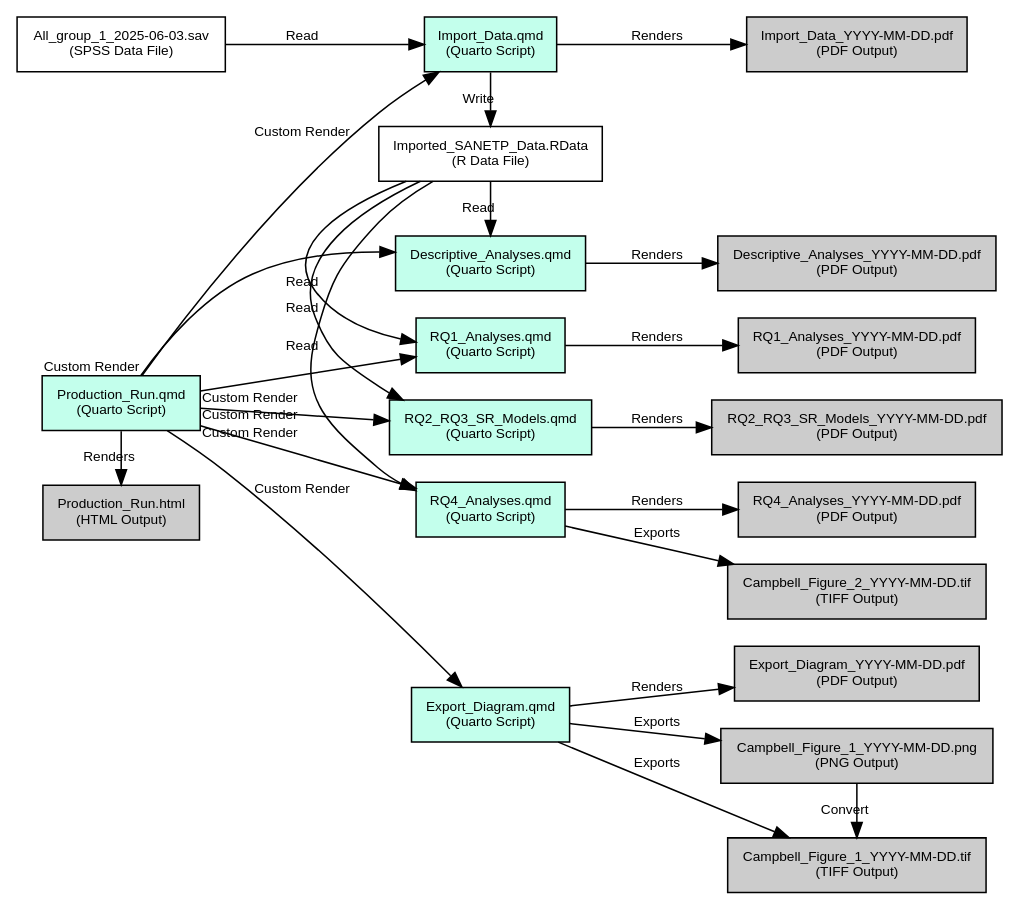
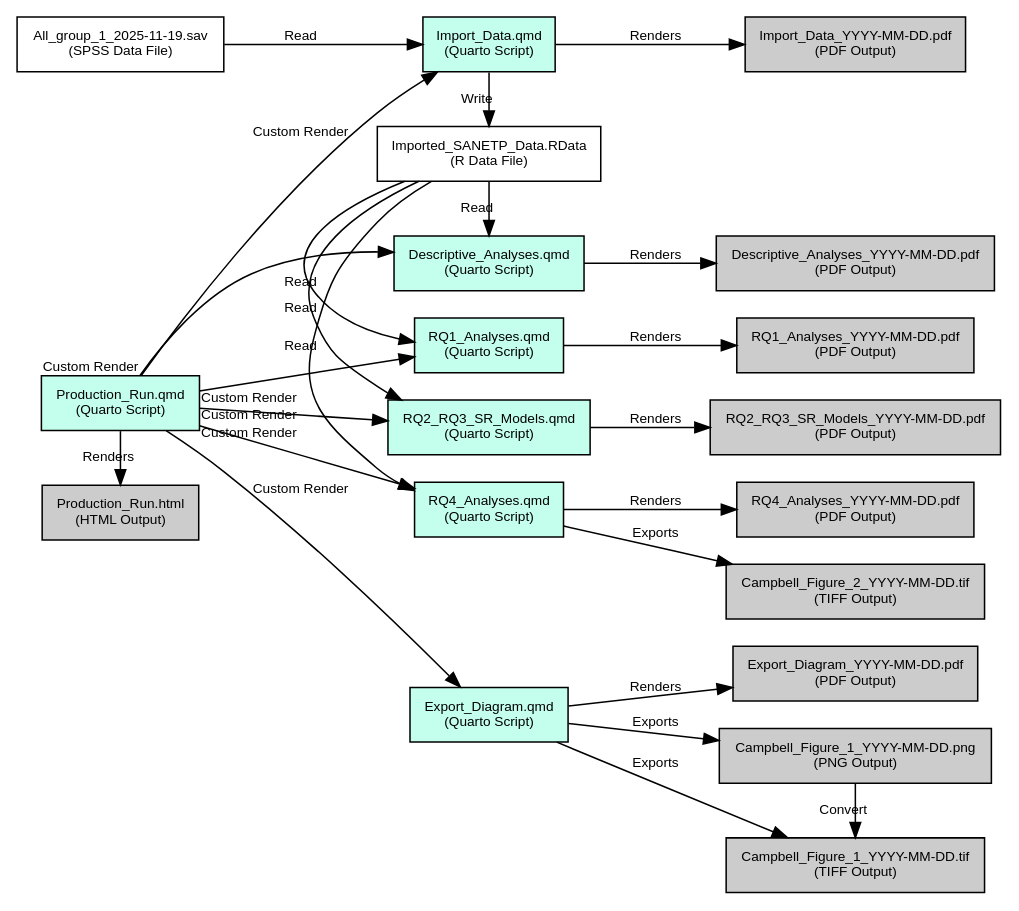
The diagram in scripts/Production_Run.qmd (sjpierce/SANETPA), drawn with Graphviz before and after one commit.

Commit message:
Updated workflow diagram.

````diff
--- a/scripts/Production_Run.qmd
+++ b/scripts/Production_Run.qmd
@@ -111,60 +111,60 @@
 ```{dot}
 //| label: fig-production
 //| fig-cap: "Production Workflow Diagram"
 //| fig-width: 7
 //| fig-height: 5
 
 digraph Production {
 rankdir="LR";
 
 node [shape = "box", style= "filled", fontname = "Arial", fontsize = 9, fillcolor = "#C3FFEC"]
 DAS [label = "Descriptive_Analyses.qmd\n(Quarto Script)"]
 DAO [label = "Descriptive_Analyses_YYYY-MM-DD.pdf\n(PDF Output)", fillcolor = "grey80"]
 R1S [label = "RQ1_Analyses.qmd\n(Quarto Script)"]
 R1O [label = "RQ1_Analyses_YYYY-MM-DD.pdf\n(PDF Output)", fillcolor = "grey80"]
 R2S [label = "RQ2_RQ3_SR_Models.qmd\n(Quarto Script)"]
 R2O [label = "RQ2_RQ3_SR_Models_YYYY-MM-DD.pdf\n(PDF Output)", fillcolor = "grey80"]
 R4S [label = "RQ4_Analyses.qmd\n(Quarto Script)"]
 R4O [label = "RQ4_Analyses_YYYY-MM-DD.pdf\n(PDF Output)", fillcolor = "grey80"]
 F2O [label = "Campbell_Figure_2_YYYY-MM-DD.tif\n(TIFF Output)", fillcolor = "grey80"]
 EDS [label = "Export_Diagram.qmd\n(Quarto Script)"]
 F1bO [label = "Campbell_Figure_1_YYYY-MM-DD.tif\n(TIFF Output)", fillcolor = "grey80"]
 EDO [label = "Export_Diagram_YYYY-MM-DD.pdf\n(PDF Output)", fillcolor = "grey80"]
 F1aO [label = "Campbell_Figure_1_YYYY-MM-DD.png\n(PNG Output)", fillcolor = "grey80"]
 IDS [label = "Import_Data.qmd\n(Quarto Script)"]
-RawData [label = "All_group_1_2025-06-03.sav\n(SPSS Data File)", fillcolor = "white"]
+RawData [label = "All_group_1_2025-11-19.sav\n(SPSS Data File)", fillcolor = "white"]
 FinalData [label = "Imported_SANETP_Data.RData\n(R Data File)", fillcolor = "white"]
 IDO [label = "Import_Data_YYYY-MM-DD.pdf\n(PDF Output)", fillcolor = "grey80"]
 PRO [label = "Production_Run.html\n(HTML Output)", fillcolor = "grey80"]
 PRS [label = "Production_Run.qmd\n(Quarto Script)"]
 
 edge [fontname = "Arial", fontsize = 9]
 PRS -> EDS [label = "Custom Render"]
 PRS -> IDS [label = "Custom Render"]
 PRS -> DAS [taillabel = "Custom Render"]
 PRS -> R1S [taillabel = "Custom Render"]
 PRS -> R2S [taillabel = "Custom Render"]
 PRS -> R4S [taillabel = "Custom Render"]
 RawData -> IDS [label = "Read"]
 PRS -> PRO [label = "Renders"]
 IDS -> IDO [label = "Renders"]
 IDS -> FinalData [label = "Write"]
 FinalData -> DAS [label = "Read"]
 DAS -> DAO [label = "Renders"]
 FinalData -> R1S [label = "Read"]
 FinalData -> R2S [label = "Read"]
 FinalData -> R4S [label = "Read"]
 R1S -> R1O [label = "Renders"]
 R2S -> R2O [label = "Renders"]
 R4S -> R4O [label = "Renders"]
 R4S -> F2O [label = "Exports"]
 EDS -> EDO [label = "Renders"]
 EDS -> F1aO [label = "Exports"]
 EDS -> F1bO [label = "Exports"]
 F1aO -> F1bO [label = "Convert"]
 
 { rank=same; EDS; IDS; FinalData; DAS; R1S; R2S; R4S}
 { rank=same; F1aO; F1bO; EDO; IDO; DAO; R1O; R2O; R4O, F2O}
 { rank=same; RawData; PRS; PRO}
 }
 ```
````
